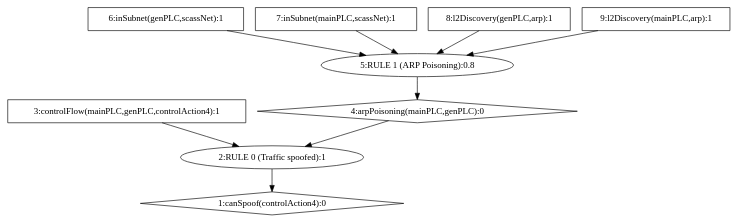
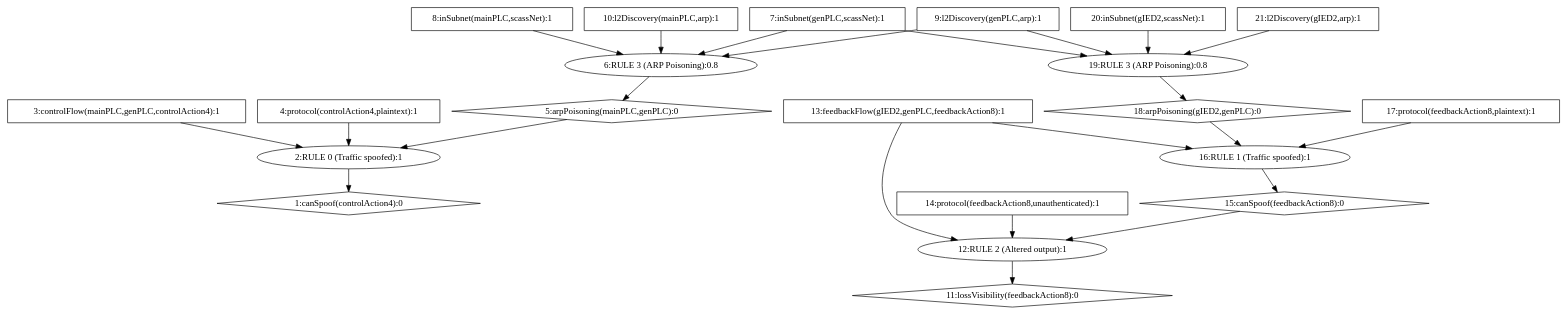
The diagram in AG/output/AttackGraph.dot (NS-unina/ICS-Cyberange), drawn with Graphviz before and after one commit. The commit also changed 15 other files, not shown here.

```diff
--- a/AG/output/AttackGraph.dot
+++ b/AG/output/AttackGraph.dot
@@ -1,19 +1,45 @@
 digraph G {
 	1 [label="1:canSpoof(controlAction4):0",shape=diamond];
 	2 [label="2:RULE 0 (Traffic spoofed):1",shape=ellipse];
 	3 [label="3:controlFlow(mainPLC,genPLC,controlAction4):1",shape=box];
-	4 [label="4:arpPoisoning(mainPLC,genPLC):0",shape=diamond];
-	5 [label="5:RULE 1 (ARP Poisoning):0.8",shape=ellipse];
-	6 [label="6:inSubnet(genPLC,scassNet):1",shape=box];
-	7 [label="7:inSubnet(mainPLC,scassNet):1",shape=box];
-	8 [label="8:l2Discovery(genPLC,arp):1",shape=box];
-	9 [label="9:l2Discovery(mainPLC,arp):1",shape=box];
+	4 [label="4:protocol(controlAction4,plaintext):1",shape=box];
+	5 [label="5:arpPoisoning(mainPLC,genPLC):0",shape=diamond];
+	6 [label="6:RULE 3 (ARP Poisoning):0.8",shape=ellipse];
+	7 [label="7:inSubnet(genPLC,scassNet):1",shape=box];
+	8 [label="8:inSubnet(mainPLC,scassNet):1",shape=box];
+	9 [label="9:l2Discovery(genPLC,arp):1",shape=box];
+	10 [label="10:l2Discovery(mainPLC,arp):1",shape=box];
+	11 [label="11:lossVisibility(feedbackAction8):0",shape=diamond];
+	12 [label="12:RULE 2 (Altered output):1",shape=ellipse];
+	13 [label="13:feedbackFlow(gIED2,genPLC,feedbackAction8):1",shape=box];
+	14 [label="14:protocol(feedbackAction8,unauthenticated):1",shape=box];
+	15 [label="15:canSpoof(feedbackAction8):0",shape=diamond];
+	16 [label="16:RULE 1 (Traffic spoofed):1",shape=ellipse];
+	17 [label="17:protocol(feedbackAction8,plaintext):1",shape=box];
+	18 [label="18:arpPoisoning(gIED2,genPLC):0",shape=diamond];
+	19 [label="19:RULE 3 (ARP Poisoning):0.8",shape=ellipse];
+	20 [label="20:inSubnet(gIED2,scassNet):1",shape=box];
+	21 [label="21:l2Discovery(gIED2,arp):1",shape=box];
 	3 -> 	2;
+	4 -> 	2;
+	7 -> 	6;
+	8 -> 	6;
+	9 -> 	6;
+	10 -> 	6;
 	6 -> 	5;
-	7 -> 	5;
-	8 -> 	5;
-	9 -> 	5;
-	5 -> 	4;
-	4 -> 	2;
+	5 -> 	2;
 	2 -> 	1;
+	13 -> 	12;
+	14 -> 	12;
+	13 -> 	16;
+	17 -> 	16;
+	7 -> 	19;
+	20 -> 	19;
+	9 -> 	19;
+	21 -> 	19;
+	19 -> 	18;
+	18 -> 	16;
+	16 -> 	15;
+	15 -> 	12;
+	12 -> 	11;
 }
```
